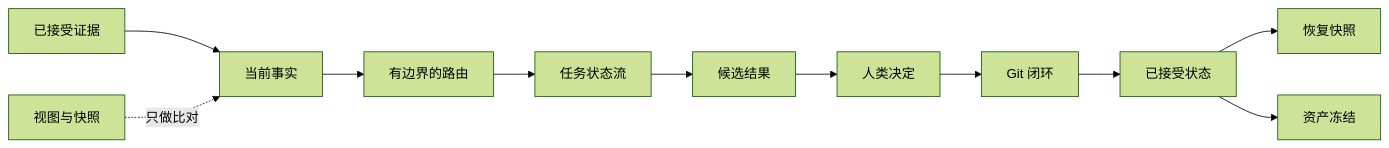
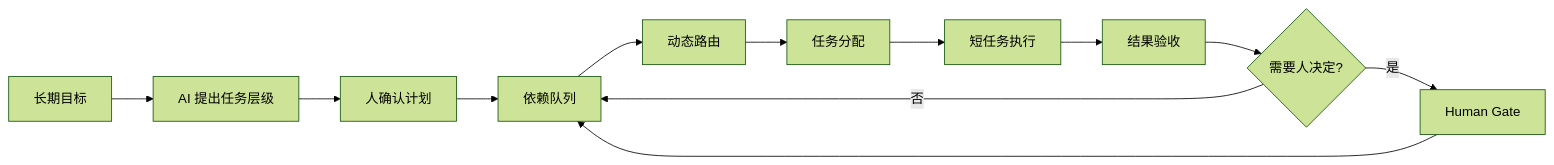
One commit to Dengk3Li/personal-ai-os-core changed the diagram in README.zh-CN.md. Above: the diagram before and after it, drawn with Mermaid (forest theme). The commit also changed other lines of this file and 17 other files, not shown here.

````diff
--- a/README.zh-CN.md
+++ b/README.zh-CN.md
@@ -26,13 +15,14 @@
 ```mermaid
 flowchart LR
-    E[已接受证据] --> T[当前事实]
-    V[视图与快照] -. 只做比对 .-> T
-    T --> R[有边界的路由]
-    R --> W[任务状态流]
-    W --> C[候选结果]
-    C --> H[人类决定]
-    H --> G[Git 闭环]
-    G --> A[已接受状态]
-    A --> K[恢复快照]
-    A --> F[资产冻结]
+    G[长期目标] --> P[AI 提出任务层级]
+    P --> H[人确认计划]
+    H --> Q[依赖队列]
+    Q --> R[动态路由]
+    R --> A[任务分配]
+    A --> E[短任务执行]
+    E --> V[结果验收]
+    V --> D{需要人决定?}
+    D -->|是| J[Human Gate]
+    J --> Q
+    D -->|否| Q
 ```
````
